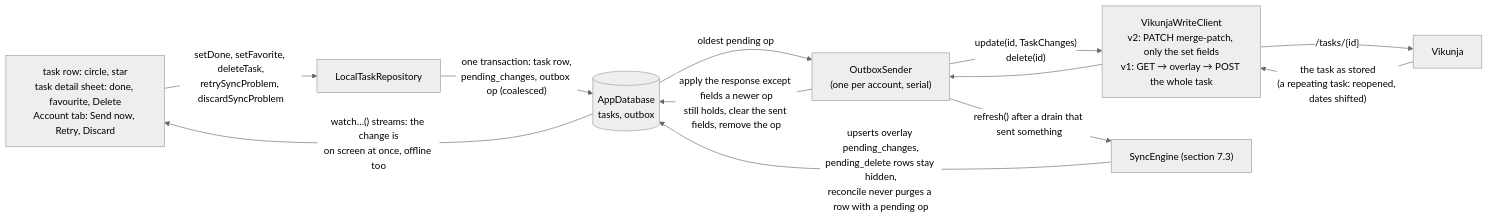
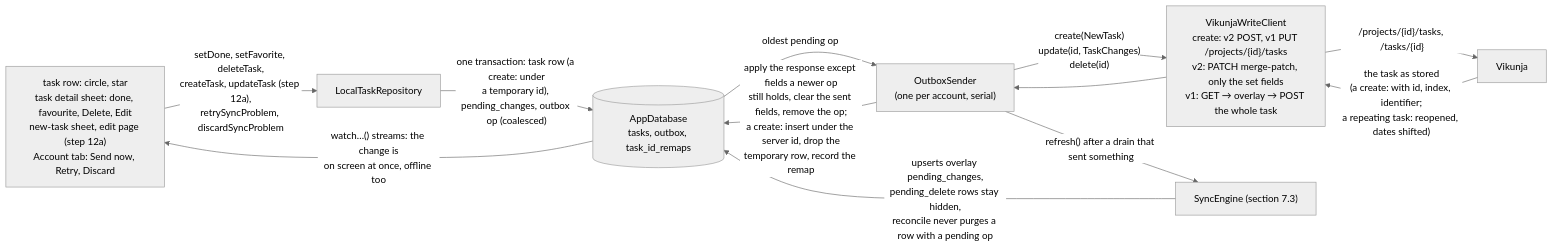
The eighth of 9 diagrams in docs/architecture.md (coderoftime/vikunja-app-ci-test), drawn with Mermaid (neutral theme) before and after one commit. The commit also changed other lines of this file and 87 other files, not shown here.

First line of the commit message:
feat: edit core task fields and create tasks through the outbox

````diff
--- a/docs/architecture.md
+++ b/docs/architecture.md
@@ -566,14 +569,14 @@
 ```mermaid
 flowchart LR
-  UI["task row: circle, star<br/>task detail sheet: done, favourite, Delete<br/>Account tab: Send now, Retry, Discard"] -- "setDone, setFavorite, deleteTask,<br/>retrySyncProblem, discardSyncProblem" --> REPO["LocalTaskRepository"]
-  REPO -- "one transaction: task row,<br/>pending_changes, outbox op (coalesced)" --> DB[("AppDatabase<br/>tasks, outbox")]
+  UI["task row: circle, star<br/>task detail sheet: done, favourite, Delete, Edit<br/>new-task sheet, edit page (step 12a)<br/>Account tab: Send now, Retry, Discard"] -- "setDone, setFavorite, deleteTask,<br/>createTask, updateTask (step 12a),<br/>retrySyncProblem, discardSyncProblem" --> REPO["LocalTaskRepository"]
+  REPO -- "one transaction: task row (a create: under<br/>a temporary id), pending_changes, outbox op (coalesced)" --> DB[("AppDatabase<br/>tasks, outbox, task_id_remaps")]
   DB -- "watch…() streams: the change is<br/>on screen at once, offline too" --> UI
   DB -- "oldest pending op" --> SENDER["OutboxSender<br/>(one per account, serial)"]
-  SENDER -- "update(id, TaskChanges)<br/>delete(id)" --> WC["VikunjaWriteClient<br/>v2: PATCH merge-patch, only the set fields<br/>v1: GET → overlay → POST the whole task"]
-  WC -- "/tasks/{id}" --> SRV["Vikunja"]
-  SRV -- "the task as stored<br/>(a repeating task: reopened, dates shifted)" --> WC
+  SENDER -- "create(NewTask)<br/>update(id, TaskChanges)<br/>delete(id)" --> WC["VikunjaWriteClient<br/>create: v2 POST, v1 PUT /projects/{id}/tasks<br/>v2: PATCH merge-patch, only the set fields<br/>v1: GET → overlay → POST the whole task"]
+  WC -- "/projects/{id}/tasks, /tasks/{id}" --> SRV["Vikunja"]
+  SRV -- "the task as stored<br/>(a create: with id, index, identifier;<br/>a repeating task: reopened, dates shifted)" --> WC
   WC --> SENDER
-  SENDER -- "apply the response except fields a newer op<br/>still holds, clear the sent fields, remove the op" --> DB
+  SENDER -- "apply the response except fields a newer op<br/>still holds, clear the sent fields, remove the op;<br/>a create: insert under the server id, drop the<br/>temporary row, record the remap" --> DB
   SENDER -- "refresh() after a drain that sent something" --> ENGINE["SyncEngine (section 7.3)"]
   ENGINE -- "upserts overlay pending_changes,<br/>pending_delete rows stay hidden,<br/>reconcile never purges a row with a pending op" --> DB
 ```
````
